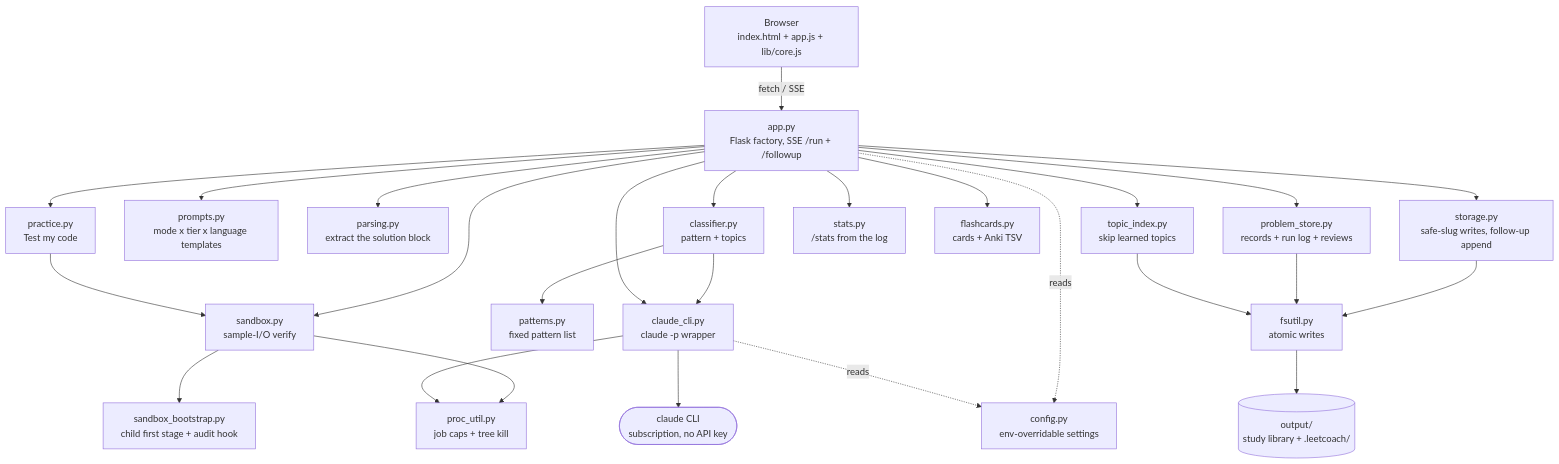
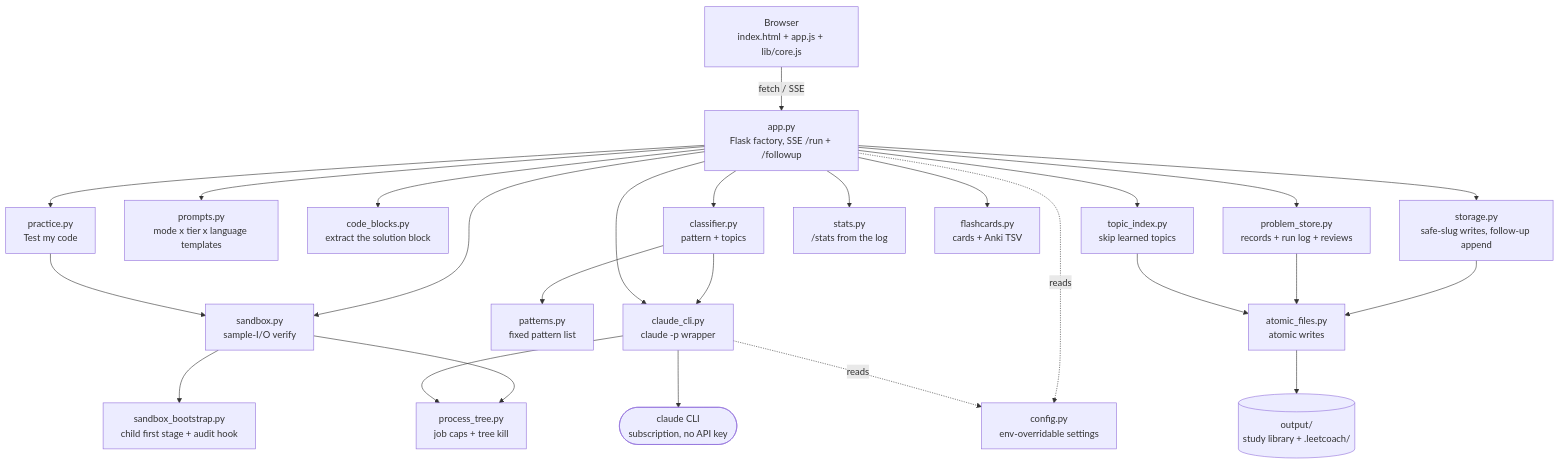
The first of 2 diagrams in docs/ARCHITECTURE.md (yib7/LeetCoach), drawn with Mermaid before and after one commit. The commit also changed other lines of this file and 25 other files, not shown here.

````diff
--- a/docs/ARCHITECTURE.md
+++ b/docs/ARCHITECTURE.md
@@ -28,49 +28,49 @@
 ```mermaid
 flowchart TD
     Browser["Browser<br/>index.html + app.js + lib/core.js"]
     App["app.py<br/>Flask factory, SSE /run + /followup"]
     Cli["claude_cli.py<br/>claude -p wrapper"]
     Classifier["classifier.py<br/>pattern + topics"]
     Patterns["patterns.py<br/>fixed pattern list"]
     Prompts["prompts.py<br/>mode x tier x language templates"]
-    Parsing["parsing.py<br/>extract the solution block"]
+    Parsing["code_blocks.py<br/>extract the solution block"]
     Sandbox["sandbox.py<br/>sample-I/O verify"]
     Boot["sandbox_bootstrap.py<br/>child first stage + audit hook"]
     Practice["practice.py<br/>Test my code"]
-    Proc["proc_util.py<br/>job caps + tree kill"]
+    Proc["process_tree.py<br/>job caps + tree kill"]
     Storage["storage.py<br/>safe-slug writes, follow-up append"]
     Store["problem_store.py<br/>records + run log + reviews"]
     Stats["stats.py<br/>/stats from the log"]
     Cards["flashcards.py<br/>cards + Anki TSV"]
-    Fs["fsutil.py<br/>atomic writes"]
+    Fs["atomic_files.py<br/>atomic writes"]
     Topic["topic_index.py<br/>skip learned topics"]
     Config["config.py<br/>env-overridable settings"]
     Claude(["claude CLI<br/>subscription, no API key"])
     Output[("output/<br/>study library + .leetcoach/")]
 
     Browser -->|"fetch / SSE"| App
     App --> Classifier
     Classifier --> Patterns
     App --> Prompts
     App --> Parsing
     App --> Sandbox
     App --> Practice
     Practice --> Sandbox
     Sandbox --> Boot
     Sandbox --> Proc
     App --> Storage
     App --> Store
     App --> Stats
     App --> Cards
     App --> Topic
     Classifier --> Cli
     App --> Cli
     Cli --> Claude
     Cli --> Proc
     Storage --> Fs
     Store --> Fs
     Topic --> Fs
     Fs --> Output
     App -.->|reads| Config
     Cli -.->|reads| Config
 ```
````
